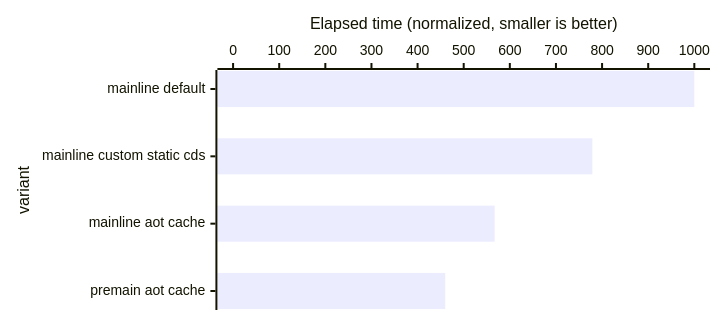
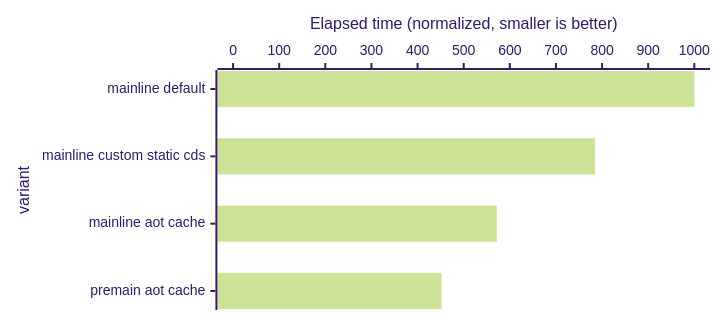
The second of 6 diagrams in README.md (openjdk/leyden), drawn with Mermaid before and after one commit. The commit also changed other lines of this file and 4 other files, not shown here.

````diff
--- a/README.md
+++ b/README.md
@@ -410,12 +411,13 @@
 ```mermaid
 ---
 config:
+    theme: "forest"
     xyChart:
         chartOrientation: horizontal
         height: 300
 ---
 xychart-beta
     x-axis "variant" ["mainline default", "mainline custom static cds", "mainline aot cache", "premain aot cache"]
     y-axis "Elapsed time (normalized, smaller is better)" 0 --> 1000
-    bar [1000, 779, 567, 460]
+    bar [1000, 785, 572, 452]
 ```
````
